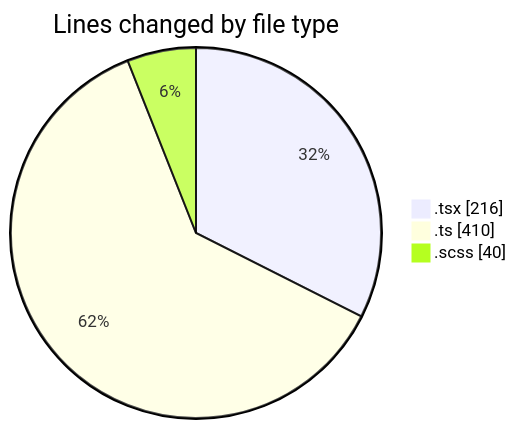
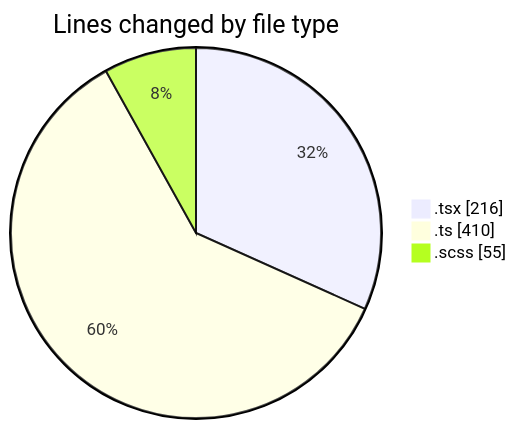
One commit to momahboobian/code-tracking changed the first of 2 diagrams in 2026-03-26/cda/README.md. Above: the diagram before and after it, drawn with Mermaid. The commit also changed other lines of this file and 1 other file, not shown here.

````diff
--- a/2026-03-26/cda/README.md
+++ b/2026-03-26/cda/README.md
@@ -23,7 +23,7 @@
 ```mermaid
 pie showData
 title Lines changed by file type
 ".tsx" : 216
 ".ts" : 410
-".scss" : 40
+".scss" : 55
 ```
````
